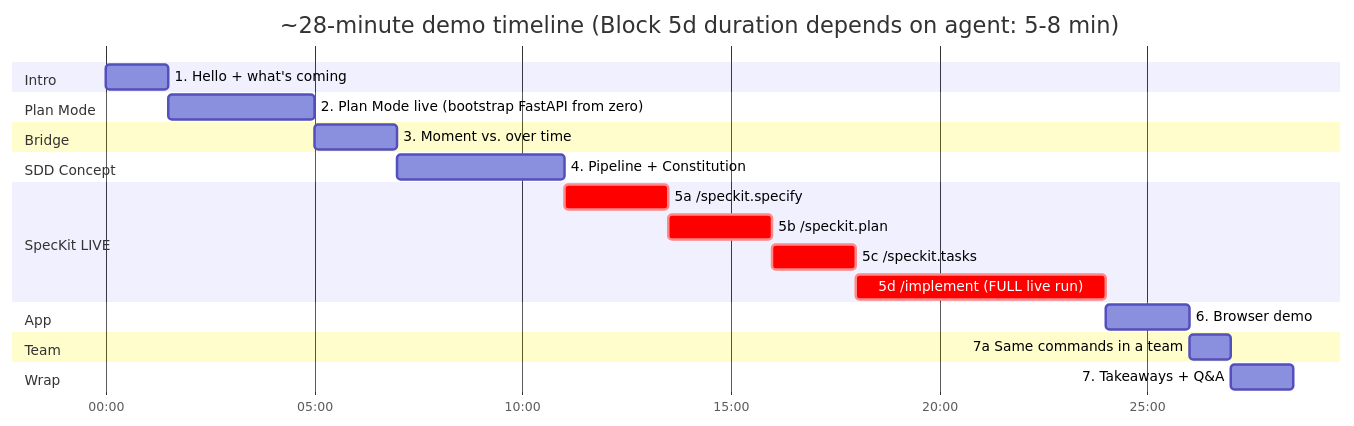
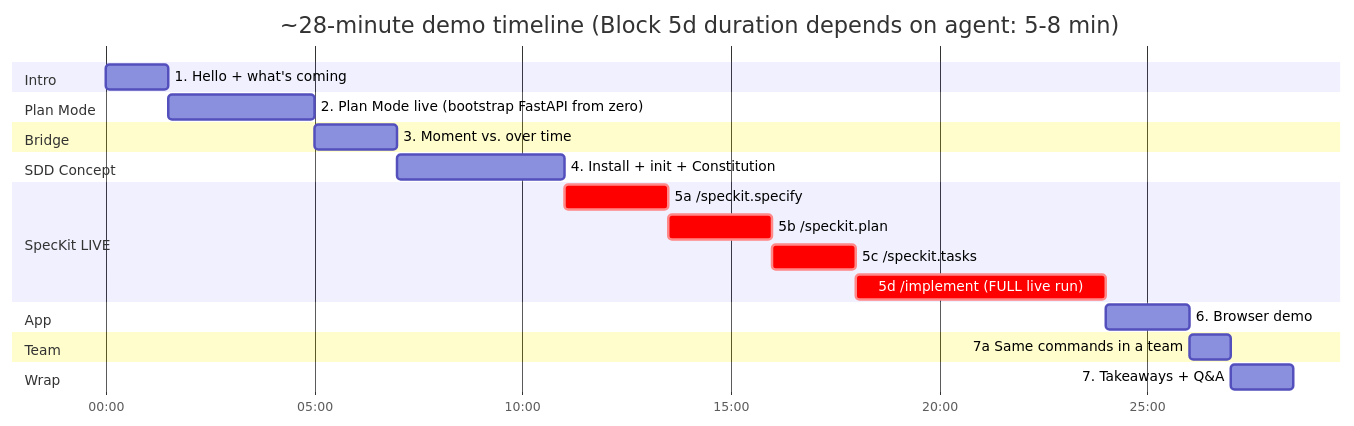
One commit to jeffrey-groneberg/sdd_demo changed the first of 3 diagrams in 01-demo-script.md. Above: the diagram before and after it, drawn with Mermaid. The commit also changed other lines of this file and 3 other files, not shown here.

First line of the commit message:
Block 4 live: install + specify init + constitution

````diff
--- a/01-demo-script.md
+++ b/01-demo-script.md
@@ -7,33 +7,33 @@
 ```mermaid
 gantt
     title ~28-minute demo timeline (Block 5d duration depends on agent: 5-8 min)
     dateFormat mm:ss
     axisFormat %M:%S
 
     section Intro
     1. Hello + what's coming           :b1, 00:00, 90s
 
     section Plan Mode
     2. Plan Mode live (bootstrap FastAPI from zero) :b2, after b1, 210s
 
     section Bridge
     3. Moment vs. over time            :b3, after b2, 120s
 
     section SDD Concept
-    4. Pipeline + Constitution         :b4, after b3, 240s
+    4. Install + init + Constitution    :b4, after b3, 240s
 
     section SpecKit LIVE
     5a /speckit.specify                :crit, b5a, after b4, 150s
     5b /speckit.plan                   :crit, b5b, after b5a, 150s
     5c /speckit.tasks                  :crit, b5c, after b5b, 120s
     5d /implement (FULL live run)      :crit, b5d, after b5c, 360s
 
     section App
     6. Browser demo                    :b6, after b5d, 120s
 
     section Team
     7a Same commands in a team        :b7a, after b6, 60s
 
     section Wrap
     7. Takeaways + Q&A                 :b7, after b7a, 90s
 ```
````
